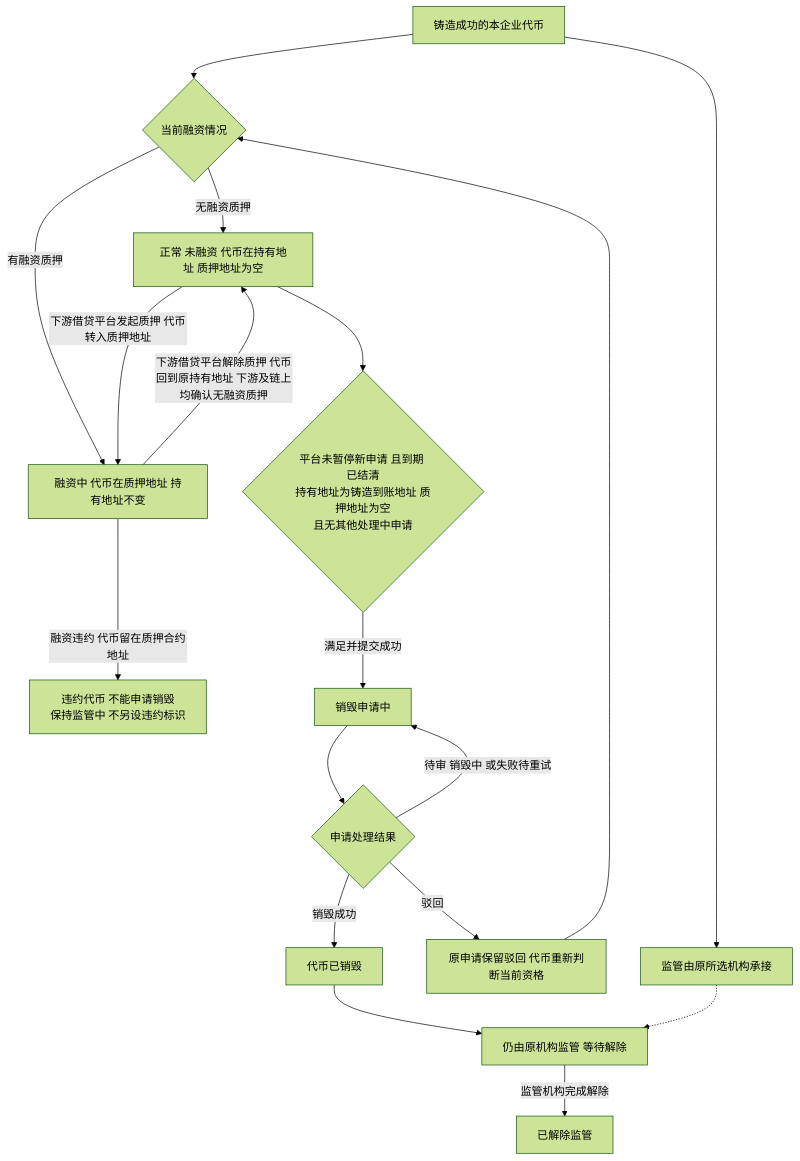
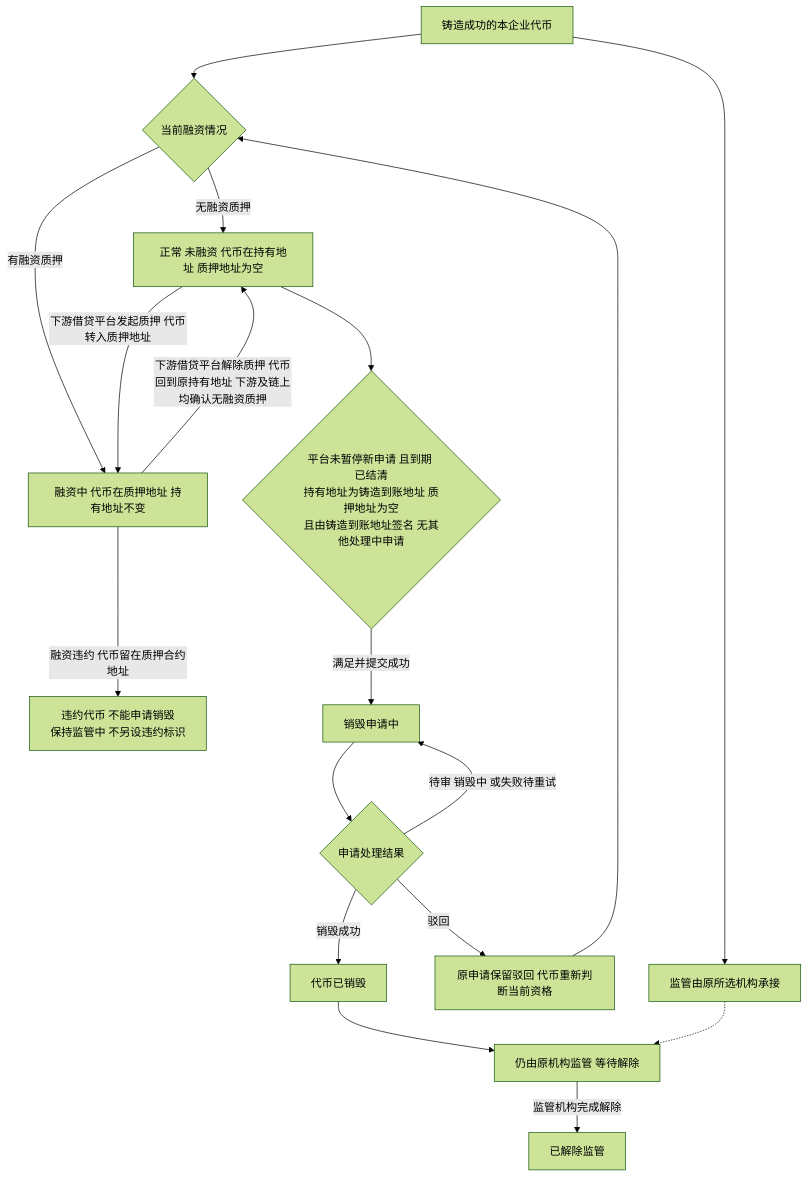
The fourth of 4 diagrams in token-issuance-platform/PRD/面客端/M4a-我的代币与销毁申请/02-我的代币与销毁申请-流程图与状态机.md (wxblockchain/Chain-Financing), drawn with Mermaid (forest theme) before and after one commit. The commit also changed other lines of this file and 11 other files, not shown here.

````diff
--- a/token-issuance-platform/PRD/面客端/M4a-我的代币与销毁申请/02-我的代币与销毁申请-流程图与状态机.md
+++ b/token-issuance-platform/PRD/面客端/M4a-我的代币与销毁申请/02-我的代币与销毁申请-流程图与状态机.md
@@ -108,20 +108,20 @@
 ```mermaid
 flowchart TD
     A[铸造成功的本企业代币] --> B[监管由原所选机构承接]
     A --> C{当前融资情况}
     C -->|无融资质押| D[正常 未融资 代币在持有地址 质押地址为空]
     C -->|有融资质押| E[融资中 代币在质押地址 持有地址不变]
     D -->|下游借贷平台发起质押 代币转入质押地址| E
     E -->|下游借贷平台解除质押 代币回到原持有地址 下游及链上均确认无融资质押| D
     E -->|融资违约 代币留在质押合约地址| X[违约代币 不能申请销毁<br/>保持监管中 不另设违约标识]
-    D --> F{平台未暂停新申请 且到期 已结清<br/>持有地址为铸造到账地址 质押地址为空<br/>且无其他处理中申请}
+    D --> F{平台未暂停新申请 且到期 已结清<br/>持有地址为铸造到账地址 质押地址为空<br/>且由铸造到账地址签名 无其他处理中申请}
     F -->|满足并提交成功| G[销毁申请中]
     G --> H{申请处理结果}
     H -->|驳回| I[原申请保留驳回 代币重新判断当前资格]
     I --> C
     H -->|待审 销毁中 或失败待重试| G
     H -->|销毁成功| J[代币已销毁]
     J --> K[仍由原机构监管 等待解除]
     B -.-> K
     K -->|监管机构完成解除| L[已解除监管]
 ```
````
